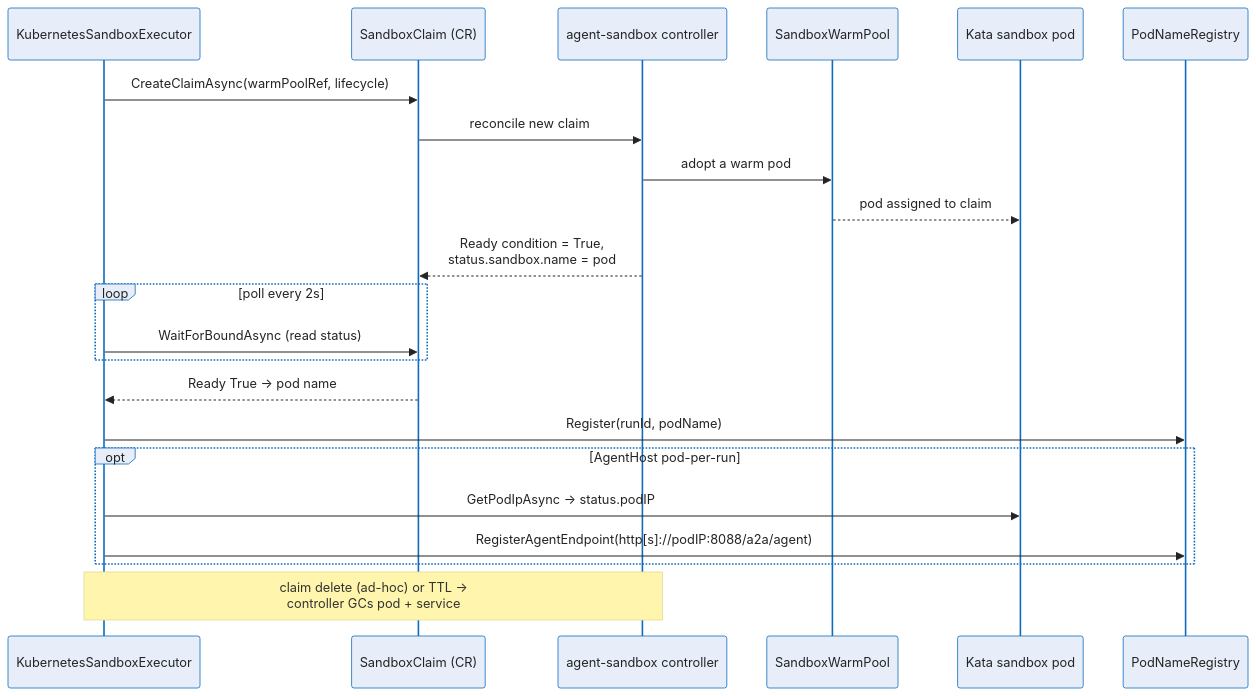
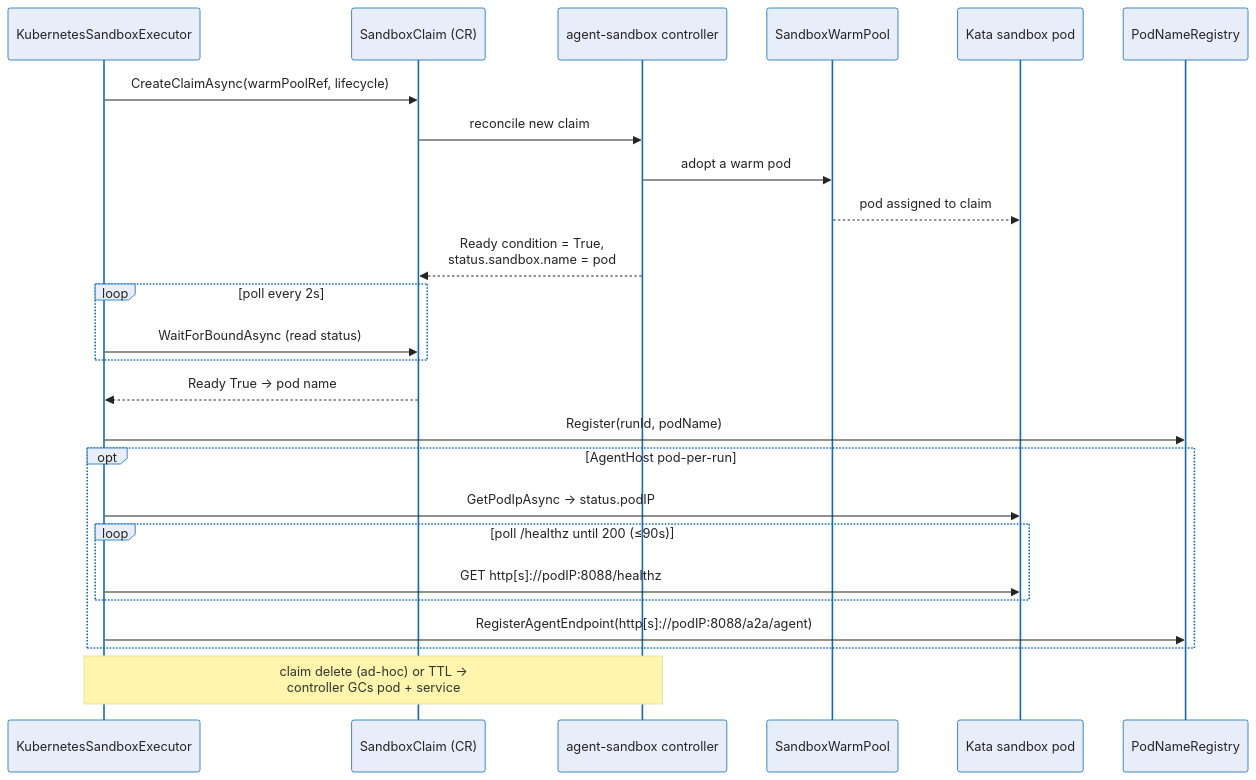
The fourth of 5 diagrams in docs/deep-dive/sandbox-pod-execution.md (sabbour/agentweaver), drawn with Mermaid before and after one commit. The commit also changed other lines of this file and 1 other file, not shown here.

````diff
--- a/docs/deep-dive/sandbox-pod-execution.md
+++ b/docs/deep-dive/sandbox-pod-execution.md
@@ -234,25 +234,28 @@
 ```mermaid
 %%{init: {'theme':'base','themeVariables':{'fontFamily':'Segoe UI, system-ui, -apple-system, sans-serif','fontSize':'15px','primaryColor':'#E8EEF9','primaryBorderColor':'#0F6CBD','primaryTextColor':'#242424','lineColor':'#605E5C','clusterBkg':'#FAF9F8','clusterBorder':'#D2D0CE','edgeLabelBackground':'#FFFFFF'}}}%%
 sequenceDiagram
     participant Exec as KubernetesSandboxExecutor
     participant Claim as SandboxClaim (CR)
     participant Ctrl as agent-sandbox controller
     participant Pool as SandboxWarmPool
     participant Pod as Kata sandbox pod
     participant Reg as PodNameRegistry
     Exec->>Claim: CreateClaimAsync(warmPoolRef, lifecycle)
     Claim->>Ctrl: reconcile new claim
     Ctrl->>Pool: adopt a warm pod
     Pool-->>Pod: pod assigned to claim
     Ctrl-->>Claim: Ready condition = True,<br/>status.sandbox.name = pod
     loop poll every 2s
         Exec->>Claim: WaitForBoundAsync (read status)
     end
     Claim-->>Exec: Ready True → pod name
     Exec->>Reg: Register(runId, podName)
     opt AgentHost pod-per-run
         Exec->>Pod: GetPodIpAsync → status.podIP
+        loop poll /healthz until 200 (≤90s)
+            Exec->>Pod: GET http[s]://podIP:8088/healthz
+        end
         Exec->>Reg: RegisterAgentEndpoint(http[s]://podIP:8088/a2a/agent)
     end
     Note over Exec,Ctrl: claim delete (ad-hoc) or TTL →<br/>controller GCs pod + service
 ```
````
